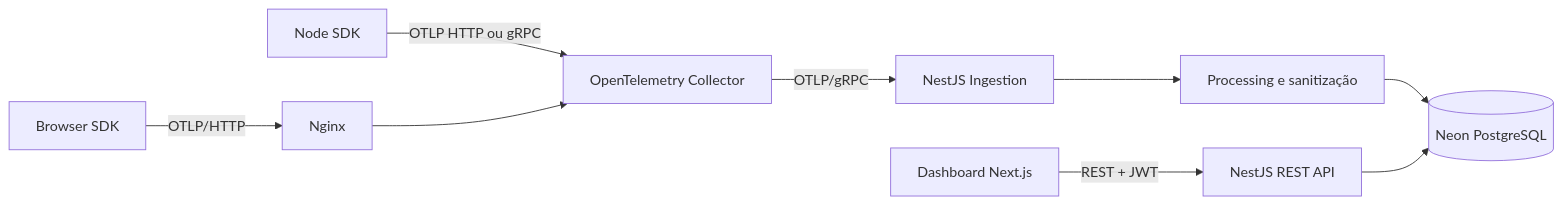
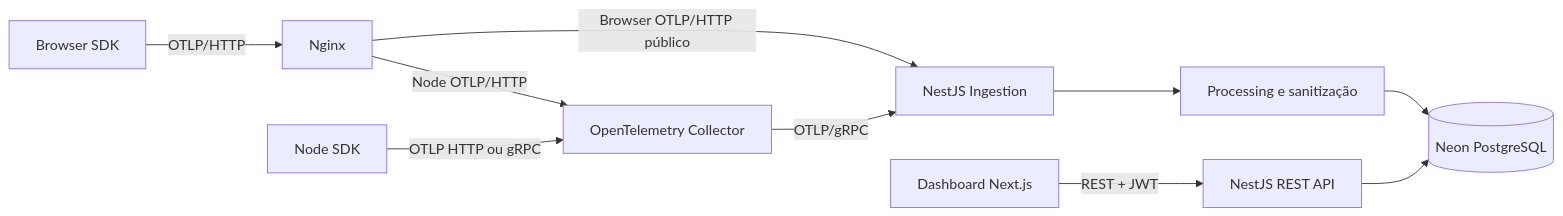
The diagram in README.md (galaxyhf/SaaS-Observability-TCC), drawn with Mermaid before and after one commit. The commit also changed other lines of this file and 68 other files, not shown here.

Commit message:
Implement browser SDK ingestion and distributed tracing

````diff
--- a/README.md
+++ b/README.md
@@ -35,11 +35,12 @@
 ```mermaid
 flowchart LR
     Browser[Browser SDK] -->|OTLP/HTTP| Nginx
     Node[Node SDK] -->|OTLP HTTP ou gRPC| Collector
-    Nginx --> Collector[OpenTelemetry Collector]
+    Nginx -->|Node OTLP/HTTP| Collector[OpenTelemetry Collector]
+    Nginx -->|Browser OTLP/HTTP público| Ingestion
     Collector -->|OTLP/gRPC| Ingestion[NestJS Ingestion]
     Ingestion --> Processing[Processing e sanitização]
     Processing --> Postgres[(Neon PostgreSQL)]
     Dashboard[Dashboard Next.js] -->|REST + JWT| API[NestJS REST API]
     API --> Postgres
 ```
````
